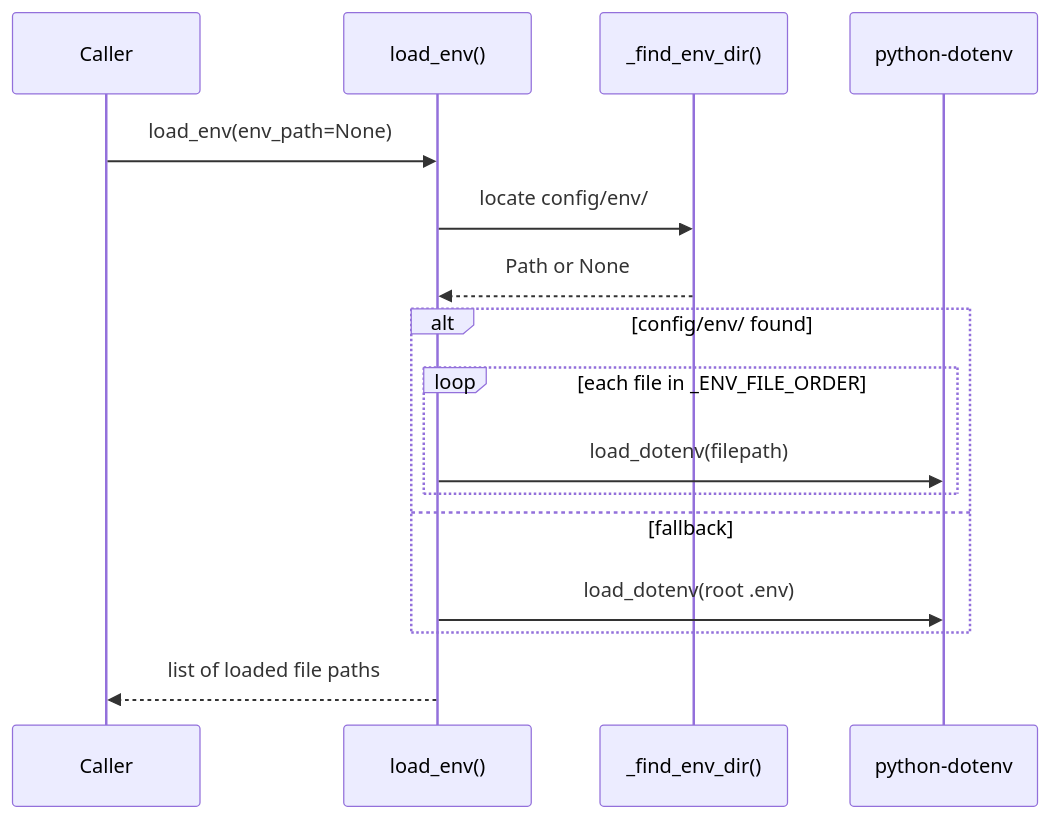
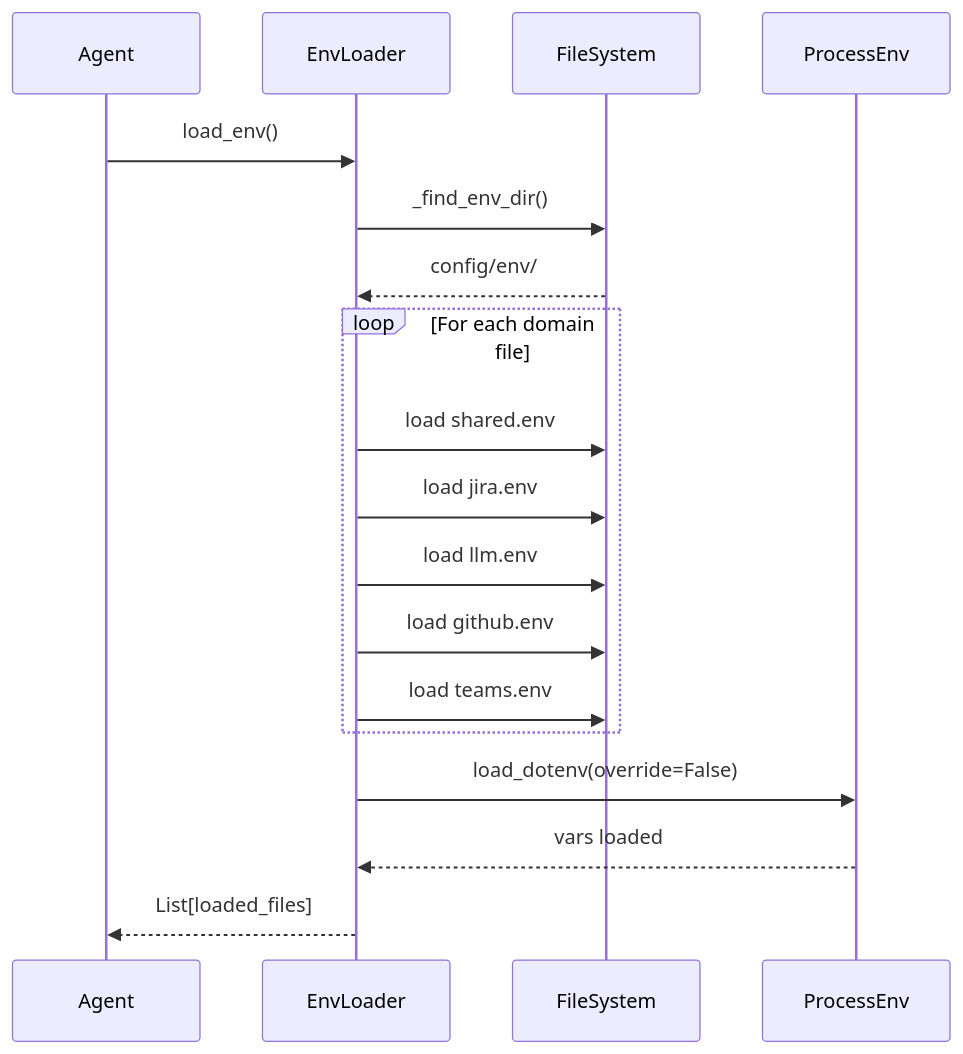
The second of 4 diagrams in docs/config.md (jmac-cornelis/agent-workforce), drawn with Mermaid before and after one commit. The commit also changed other lines of this file and 6 other files, not shown here.

````diff
--- a/docs/config.md
+++ b/docs/config.md
@@ -47,20 +51,23 @@
 ```mermaid
 sequenceDiagram
-    participant Caller
-    participant load_env as load_env()
-    participant _find_env_dir as _find_env_dir()
-    participant dotenv as python-dotenv
-
-    Caller->>load_env: load_env(env_path=None)
-    load_env->>_find_env_dir: locate config/env/
-    _find_env_dir-->>load_env: Path or None
-
-    alt config/env/ found
-        loop each file in _ENV_FILE_ORDER
-            load_env->>dotenv: load_dotenv(filepath)
-        end
-    else fallback
-        load_env->>dotenv: load_dotenv(root .env)
+    participant Agent
+    participant EnvLoader
+    participant FileSystem
+    participant ProcessEnv
+    
+    Agent->>EnvLoader: load_env()
+    EnvLoader->>FileSystem: _find_env_dir()
+    FileSystem-->>EnvLoader: config/env/
+    
+    loop For each domain file
+        EnvLoader->>FileSystem: load shared.env
+        EnvLoader->>FileSystem: load jira.env
+        EnvLoader->>FileSystem: load llm.env
+        EnvLoader->>FileSystem: load github.env
+        EnvLoader->>FileSystem: load teams.env
     end
-    load_env-->>Caller: list of loaded file paths
+    
+    EnvLoader->>ProcessEnv: load_dotenv(override=False)
+    ProcessEnv-->>EnvLoader: vars loaded
+    EnvLoader-->>Agent: List[loaded_files]
 ```
````
